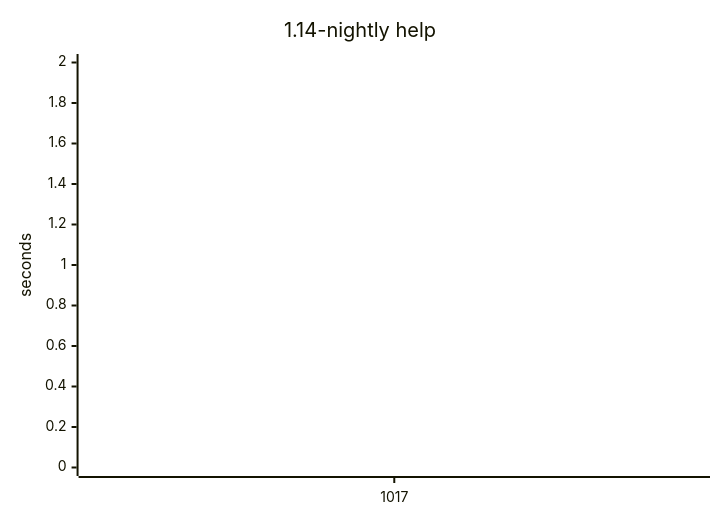
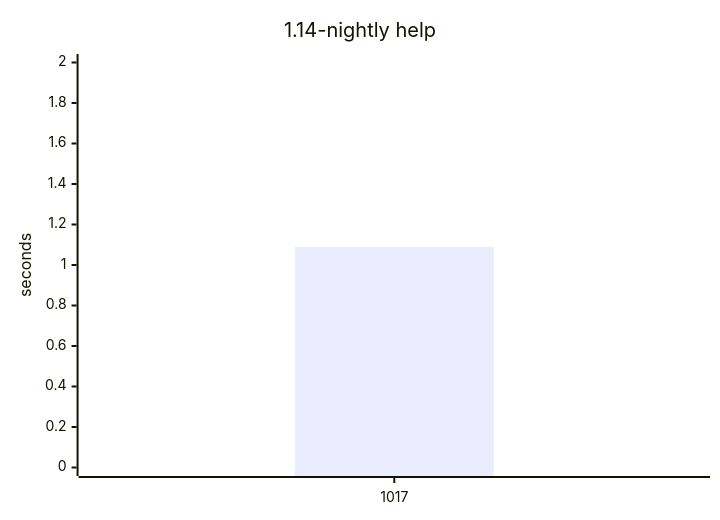
Before and after one commit to yamanori99/DistSSHRun.jl: the second of 2 diagrams in README.md, drawn with Mermaid. The commit also changed other lines of this file and 1 other file, not shown here.

````diff
--- a/README.md
+++ b/README.md
@@ -49,7 +51,7 @@
 ```mermaid
 xychart-beta
     title "1.14-nightly help"
     x-axis ["1017"]
     y-axis "seconds" 0 --> 2
-    line [1.09]
+    bar [1.09]
 ```
````
